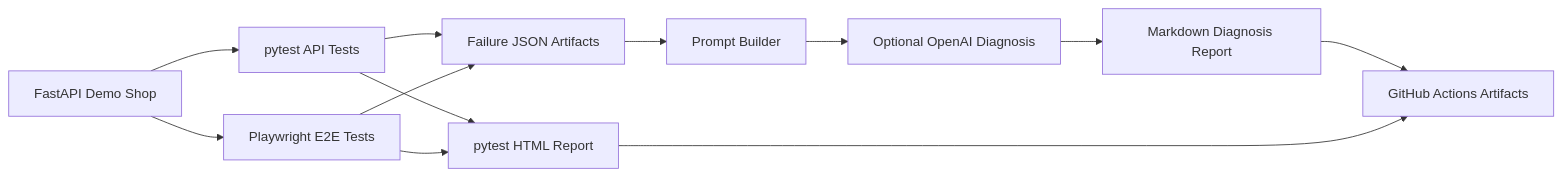
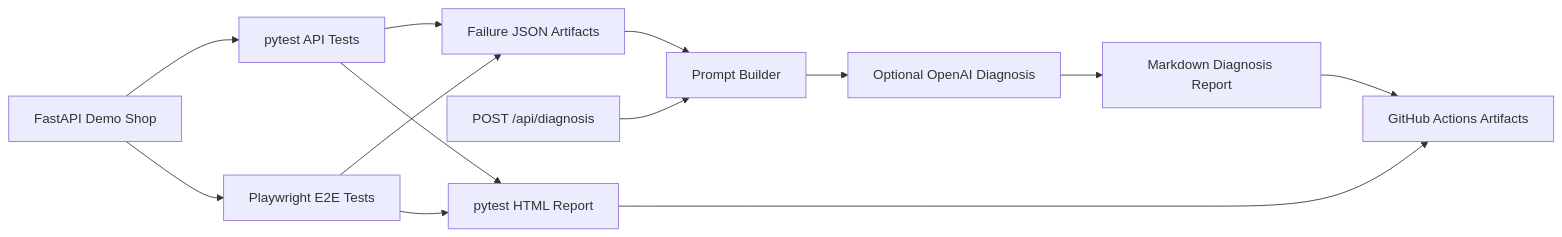
One commit to sbkyc/ai-qa-copilot changed the diagram in docs/architecture.md. Above: the diagram before and after it, drawn with Mermaid. The commit also changed 5 other files, not shown here.

Commit message:
feat: expose diagnosis api endpoint

````diff
--- a/docs/architecture.md
+++ b/docs/architecture.md
@@ -5,14 +5,15 @@
 ```mermaid
 flowchart LR
     A["FastAPI Demo Shop"] --> B["pytest API Tests"]
     A --> C["Playwright E2E Tests"]
     B --> D["Failure JSON Artifacts"]
     C --> D
     D --> E["Prompt Builder"]
     E --> F["Optional OpenAI Diagnosis"]
     F --> G["Markdown Diagnosis Report"]
+    J["POST /api/diagnosis"] --> E
     B --> H["pytest HTML Report"]
     C --> H
     G --> I["GitHub Actions Artifacts"]
     H --> I
 ```
````
